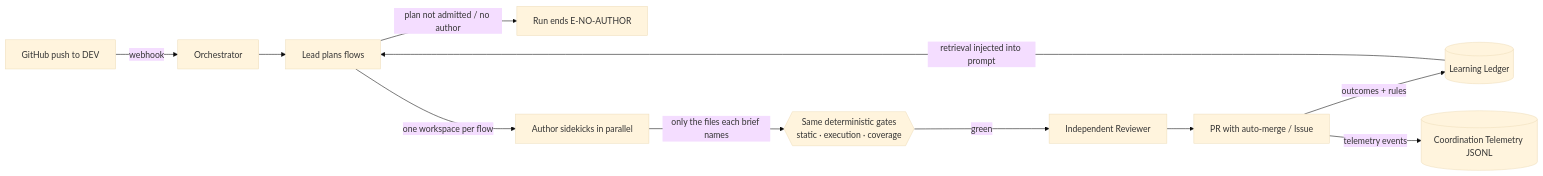
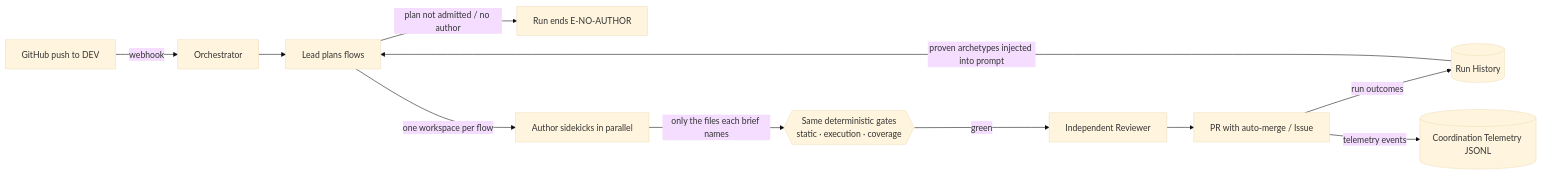
One commit to ArielFalcon/QAyaba changed the diagram in README.md. Above: the diagram before and after it, drawn with Mermaid (base theme). The commit also changed other lines of this file and 164 other files, not shown here.

````diff
--- a/README.md
+++ b/README.md
@@ -70,13 +70,13 @@
 ```mermaid
 flowchart LR
     GH["GitHub push to DEV"] -->|webhook| O[Orchestrator]
     O --> PL[Lead plans flows]
     PL -->|"plan not admitted / no author"| NA["Run ends E-NO-AUTHOR"]
     PL -->|"one workspace per flow"| SK[Author sidekicks in parallel]
     SK -->|"only the files each brief names"| V{{"Same deterministic gates\nstatic · execution · coverage"}}
     V -->|green| RV[Independent Reviewer]
     RV --> DEC[PR with auto-merge / Issue]
-    DEC -->|outcomes + rules| LD[(Learning Ledger)]
+    DEC -->|run outcomes| LD[(Run History)]
     DEC -->|telemetry events| TL[(Coordination Telemetry JSONL)]
-    LD -->|retrieval injected into prompt| PL
+    LD -->|proven archetypes injected into prompt| PL
 ```
````
